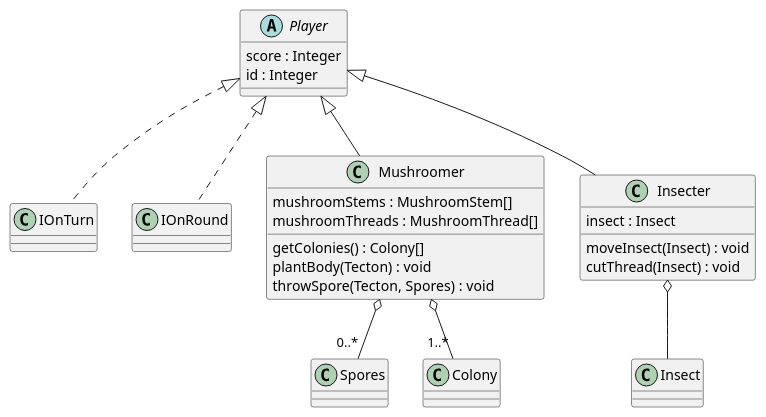
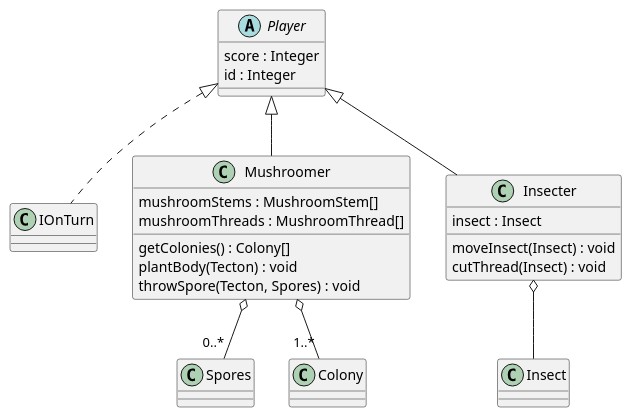
Before and after one commit to Petya-G/fungorium: the diagram in 3/classes/player.puml, drawn with PlantUML.

Commit message:
removed onround for player

```diff
--- a/3/classes/player.puml
+++ b/3/classes/player.puml
@@ -1,27 +1,26 @@
 @startuml player
 Player <|.. IOnTurn
-Player <|.. IOnRound
 abstract class Player{
     score : Integer
     id : Integer
 }
 
 Player <|-- Mushroomer
 Mushroomer o-- "0..*" Spores
 Mushroomer o-- "1..*" Colony
 class Mushroomer{
     mushroomStems : MushroomStem[]
     mushroomThreads : MushroomThread[]
     getColonies() : Colony[]
     plantBody(Tecton) : void
     throwSpore(Tecton, Spores) : void
 }
 
 Player <|-- Insecter
 Insecter o-- Insect
 class Insecter{
     insect : Insect
     moveInsect(Insect) : void
     cutThread(Insect) : void
 }
 @enduml
```
